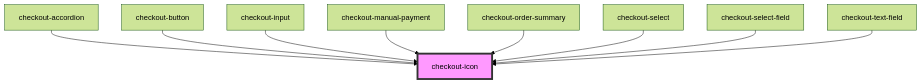
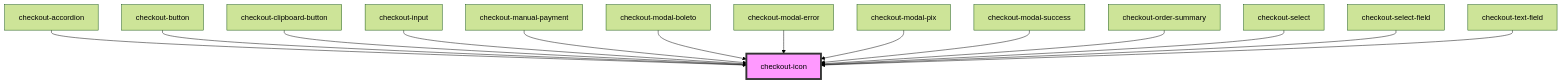
One commit to plughacker/malga-checkout changed the diagram in packages/common/src/components/checkout-icon/readme.md. Above: the diagram before and after it, drawn with Mermaid (forest theme). The commit also changed other lines of this file and 11 other files, not shown here.

````diff
--- a/packages/common/src/components/checkout-icon/readme.md
+++ b/packages/common/src/components/checkout-icon/readme.md
@@ -30,12 +35,17 @@
 ```mermaid
 graph TD;
   checkout-accordion --> checkout-icon
   checkout-button --> checkout-icon
+  checkout-clipboard-button --> checkout-icon
   checkout-input --> checkout-icon
   checkout-manual-payment --> checkout-icon
+  checkout-modal-boleto --> checkout-icon
+  checkout-modal-error --> checkout-icon
+  checkout-modal-pix --> checkout-icon
+  checkout-modal-success --> checkout-icon
   checkout-order-summary --> checkout-icon
   checkout-select --> checkout-icon
   checkout-select-field --> checkout-icon
   checkout-text-field --> checkout-icon
   style checkout-icon fill:#f9f,stroke:#333,stroke-width:4px
 ```
````
